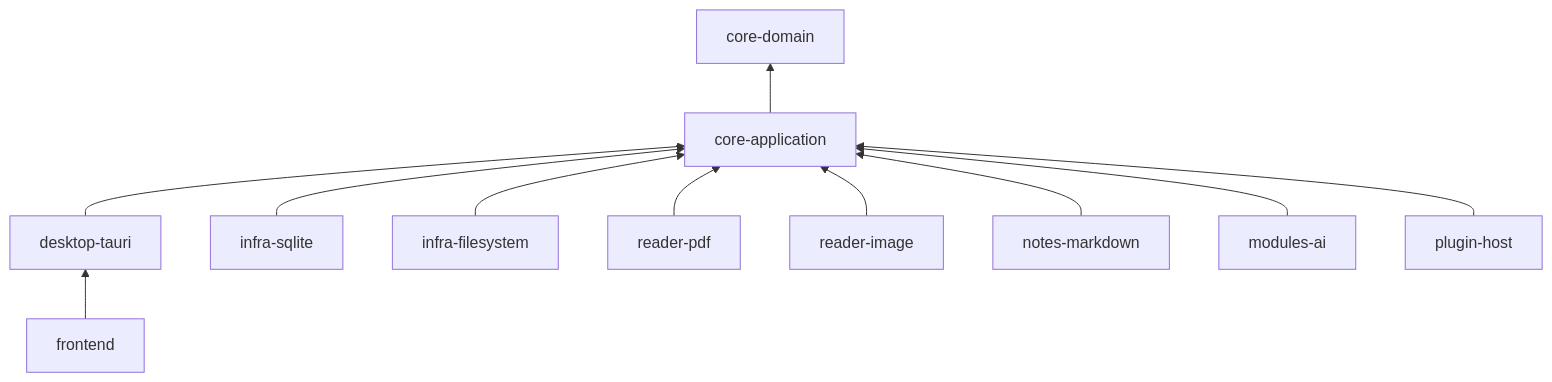
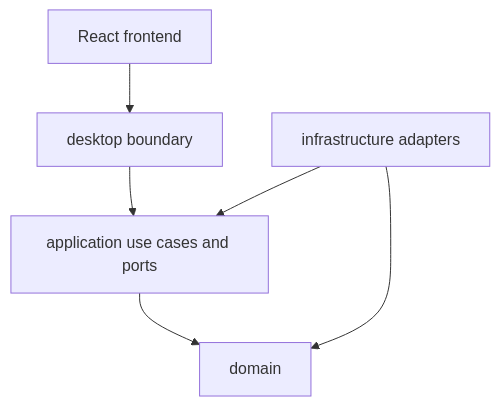
Before and after one commit to vuthanhdat/book-library: the diagram in docs/02-architecture/module-dependency.md, drawn with Mermaid. The commit also changed other lines of this file, not shown here.

````diff
--- a/docs/02-architecture/module-dependency.md
+++ b/docs/02-architecture/module-dependency.md
@@ -42,13 +42,8 @@
 ```mermaid
-flowchart BT
-    Frontend["frontend"] --> Desktop["desktop-tauri"]
-    Desktop --> Application["core-application"]
-    Application --> Domain["core-domain"]
-    SQLite["infra-sqlite"] --> Application
-    FileSystem["infra-filesystem"] --> Application
-    PdfReader["reader-pdf"] --> Application
-    ImageReader["reader-image"] --> Application
-    Notes["notes-markdown"] --> Application
-    AI["modules-ai"] --> Application
-    Plugins["plugin-host"] --> Application
+flowchart TD
+    Frontend["React frontend"] --> Desktop["desktop boundary"]
+    Desktop --> Application["application use cases and ports"]
+    Application --> Domain["domain"]
+    Infrastructure["infrastructure adapters"] --> Application
+    Infrastructure --> Domain
 ```
````
